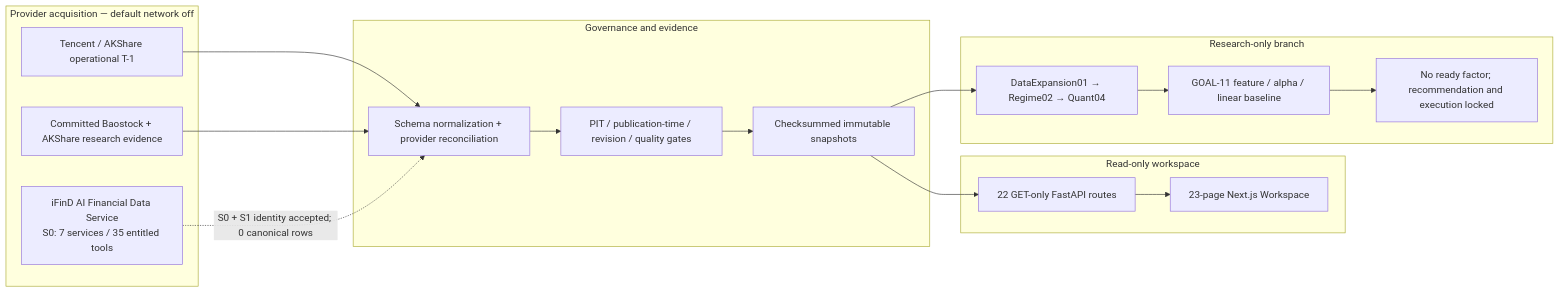
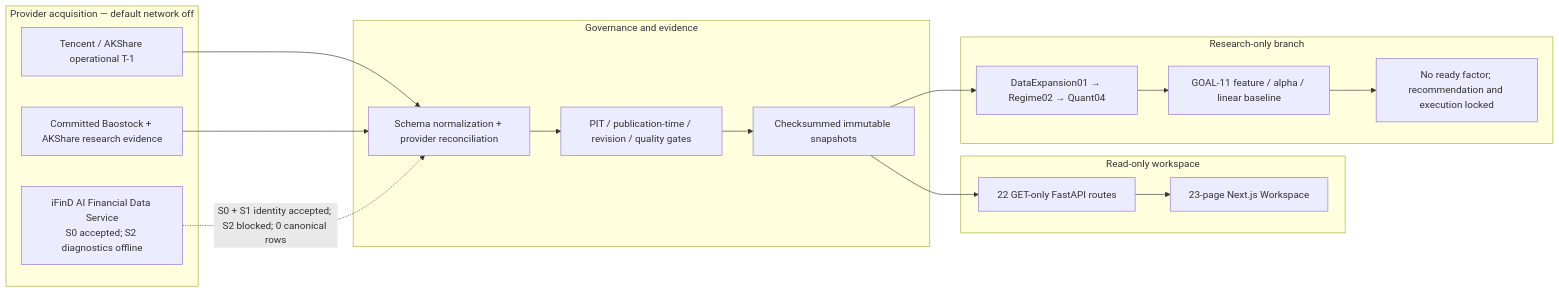
Before and after one commit to RyanLu0203/A_share_premarket_core: the first of 4 diagrams in README.md, drawn with Mermaid. The commit also changed other lines of this file and 30 other files, not shown here.

````diff
--- a/README.md
+++ b/README.md
@@ -27,28 +27,28 @@
 ```mermaid
 flowchart LR
     subgraph P["Provider acquisition — default network off"]
         T["Tencent / AKShare operational T-1"]
         C["Committed Baostock + AKShare research evidence"]
-        I["iFinD AI Financial Data Service\nS0: 7 services / 35 entitled tools"]
+        I["iFinD AI Financial Data Service\nS0 accepted; S2 diagnostics offline"]
     end
     subgraph G["Governance and evidence"]
         N["Schema normalization + provider reconciliation"]
         Q["PIT / publication-time / revision / quality gates"]
         S["Checksummed immutable snapshots"]
     end
     subgraph W["Read-only workspace"]
         A["22 GET-only FastAPI routes"]
         U["23-page Next.js Workspace"]
     end
     subgraph R["Research-only branch"]
         D["DataExpansion01 → Regime02 → Quant04"]
         G11["GOAL-11 feature / alpha / linear baseline"]
         L["No ready factor; recommendation and execution locked"]
     end
 
     T --> N
     C --> N
-    I -. "S0 + S1 identity accepted; 0 canonical rows" .-> N
+    I -. "S0 + S1 identity accepted; S2 blocked; 0 canonical rows" .-> N
     N --> Q --> S --> A --> U
     S --> D --> G11 --> L
 ```
````
